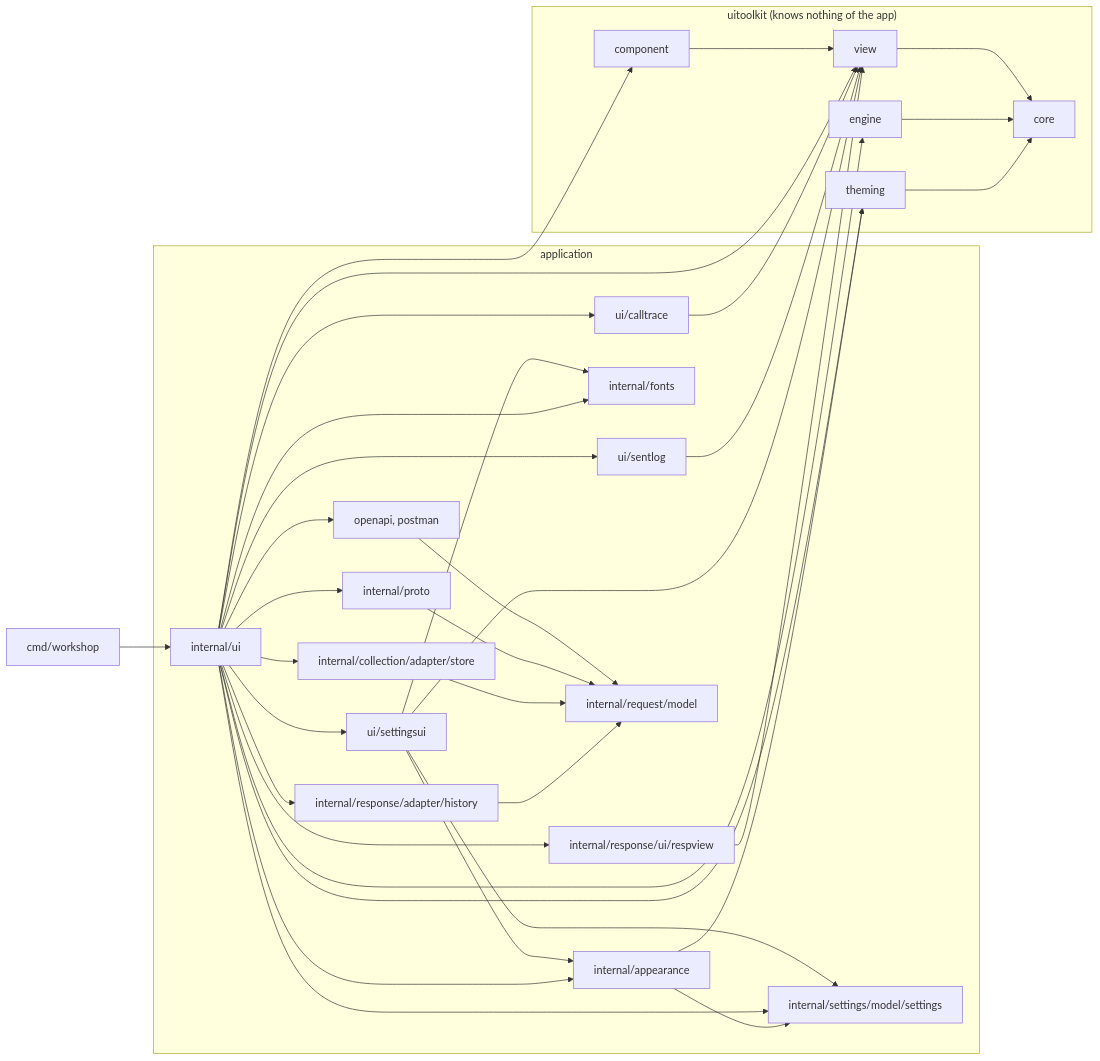
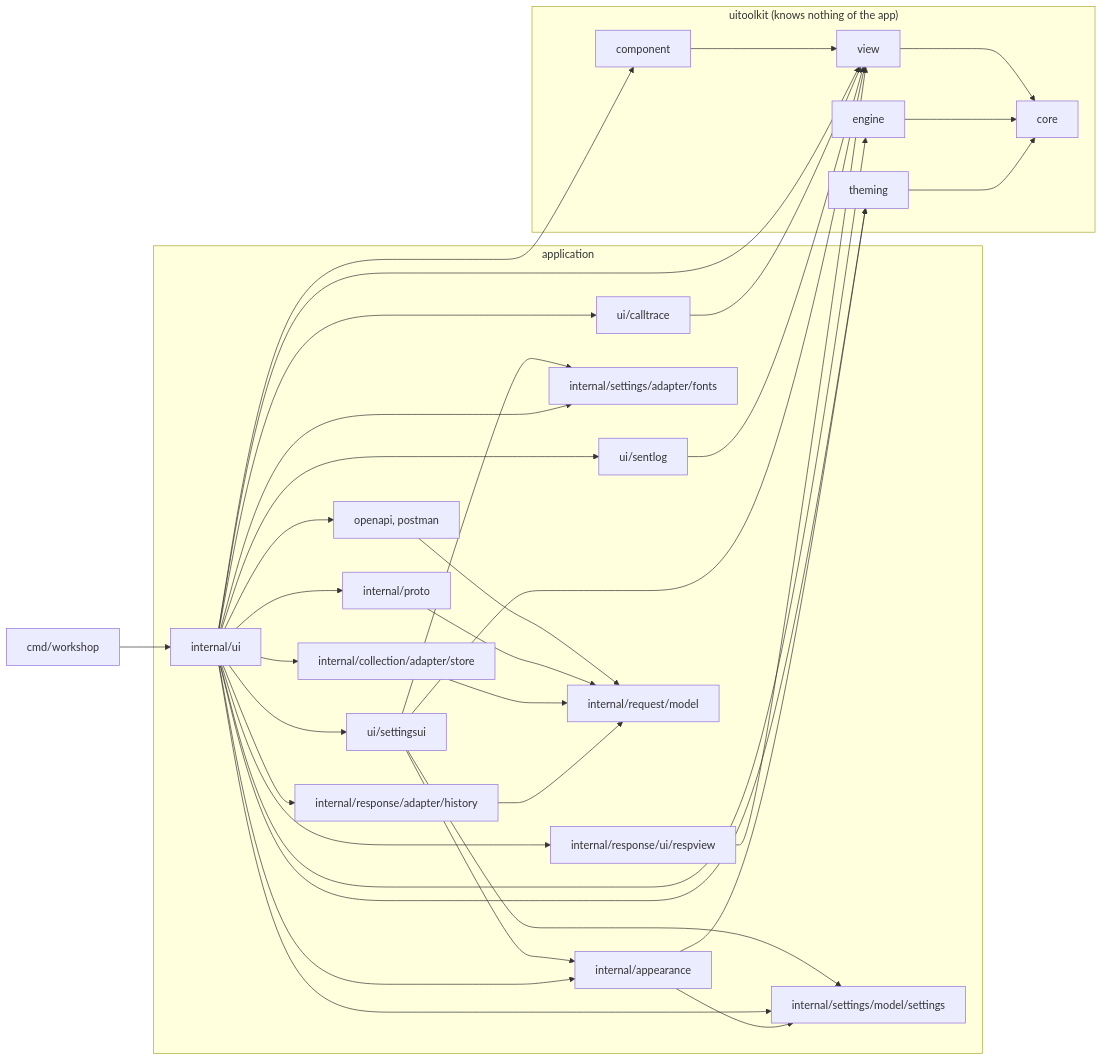
The diagram in .harness/architecture.md (gascoigne-ai/gascoigne-workshop), drawn with Mermaid before and after one commit. The commit also changed other lines of this file and 8 other files, not shown here.

First line of the commit message:
refactor(settings): fonts moves to internal/settings/adapter/fonts

````diff
--- a/.harness/architecture.md
+++ b/.harness/architecture.md
@@ -5,40 +5,40 @@
 ```mermaid
 flowchart LR
   cmd["cmd/workshop"] --> ui["internal/ui"]
   subgraph app["application"]
     ui --> calltrace["ui/calltrace"]
     ui --> sentlog["ui/sentlog"]
     ui --> settingsui["ui/settingsui"]
     settingsui --> settings
     settingsui --> fonts
     settingsui --> appearance
     ui --> appearance["internal/appearance"]
     ui --> respview["internal/response/ui/respview"]
     ui --> store["internal/collection/adapter/store"]
     ui --> imports["openapi, postman"]
-    ui --> fonts["internal/fonts"]
+    ui --> fonts["internal/settings/adapter/fonts"]
     ui --> history["internal/response/adapter/history"]
     ui --> settings["internal/settings/model/settings"]
     ui --> proto["internal/proto"]
     imports --> model["internal/request/model"]
     proto --> model
     store --> model
     history --> model
   end
   subgraph toolkit["uitoolkit (knows nothing of the app)"]
     component["component"] --> view["view"]
     view --> core["core"]
     engine["engine"] --> core
     theming["theming"] --> core
   end
   ui --> component
   ui --> view
   ui --> engine
   ui --> theming
   calltrace --> view
   sentlog --> view
   settingsui --> view
   appearance --> theming
   appearance --> settings
   respview --> view
 ```
````
